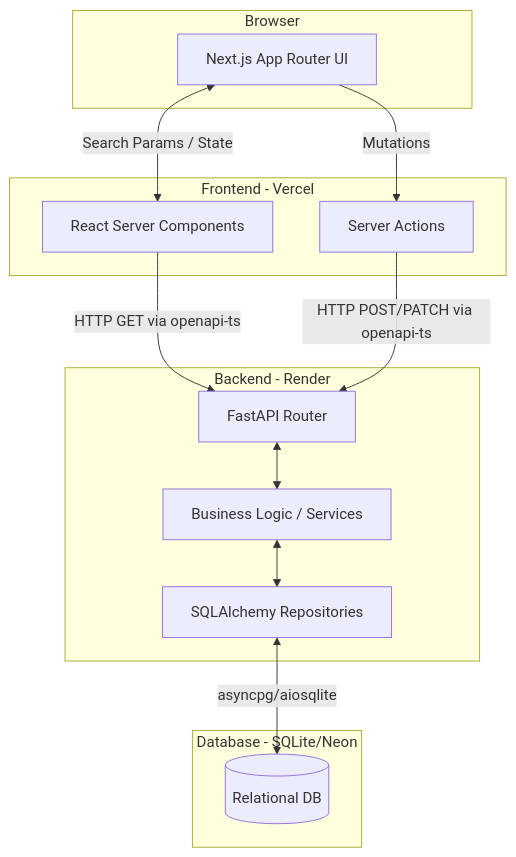
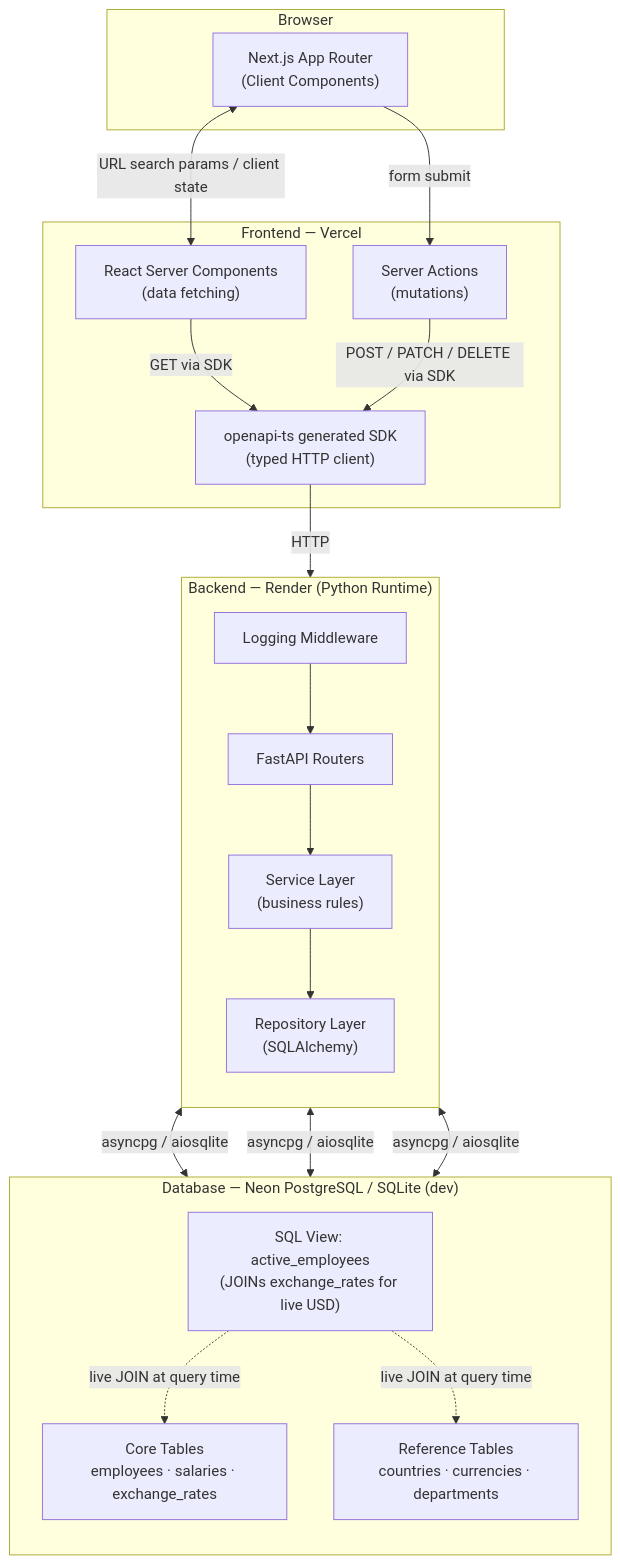
One commit to utsabbera/acme-salary-management changed the first of 9 diagrams in docs/architecture.md. Above: the diagram before and after it, drawn with Mermaid. The commit also changed other lines of this file and 1 other file, not shown here.

Commit message:
fix(frontend): correct outputFileTracingRoot path to monorepo root

````diff
--- a/docs/architecture.md
+++ b/docs/architecture.md
@@ -7,31 +9,43 @@
 ```mermaid
 flowchart TD
-    subgraph Client [Browser]
-        UI[Next.js App Router UI]
+    subgraph Browser["Browser"]
+        UI["Next.js App Router\n(Client Components)"]
     end
 
-    subgraph Frontend [Frontend - Vercel]
-        RSC[React Server Components]
-        SA[Server Actions]
+    subgraph Vercel["Frontend — Vercel"]
+        RSC["React Server Components\n(data fetching)"]
+        SA["Server Actions\n(mutations)"]
+        SDK["openapi-ts generated SDK\n(typed HTTP client)"]
     end
 
-    subgraph Backend [Backend - Render]
-        API[FastAPI Router]
-        Service[Business Logic / Services]
-        Repo[SQLAlchemy Repositories]
+    subgraph Render["Backend — Render (Python Runtime)"]
+        direction TB
+        MW["Logging Middleware"]
+        Router["FastAPI Routers"]
+        Service["Service Layer\n(business rules)"]
+        Repo["Repository Layer\n(SQLAlchemy)"]
     end
 
-    subgraph Data [Database - SQLite/Neon]
-        DB[(Relational DB)]
+    subgraph Neon["Database — Neon PostgreSQL / SQLite (dev)"]
+        direction TB
+        Tables["Core Tables\nemployees · salaries · exchange_rates"]
+        RefTables["Reference Tables\ncountries · currencies · departments"]
+        View["SQL View: active_employees\n(JOINs exchange_rates for live USD)"]
     end
 
-    %% Flow
-    UI <-->|Search Params / State| RSC
-    UI -->|Mutations| SA
-    RSC -->|HTTP GET via openapi-ts| API
-    SA -->|HTTP POST/PATCH via openapi-ts| API
-    
-    API <--> Service
-    Service <--> Repo
-    Repo <-->|asyncpg/aiosqlite| DB
+    UI <-->|"URL search params / client state"| RSC
+    UI -->|"form submit"| SA
+
+    RSC -->|"GET via SDK"| SDK
+    SA -->|"POST / PATCH / DELETE via SDK"| SDK
+    SDK -->|"HTTP"| MW
+
+    MW --> Router
+    Router --> Service
+    Service --> Repo
+    Repo <-->|"asyncpg / aiosqlite"| Tables
+    Repo <-->|"asyncpg / aiosqlite"| RefTables
+    Repo <-->|"asyncpg / aiosqlite"| View
+    View -.->|"live JOIN at query time"| Tables
+    View -.->|"live JOIN at query time"| RefTables
 ```
````
